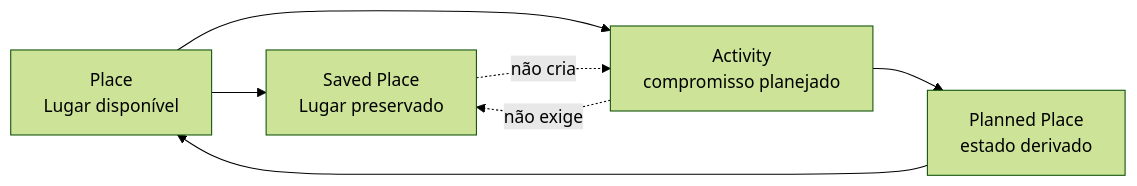
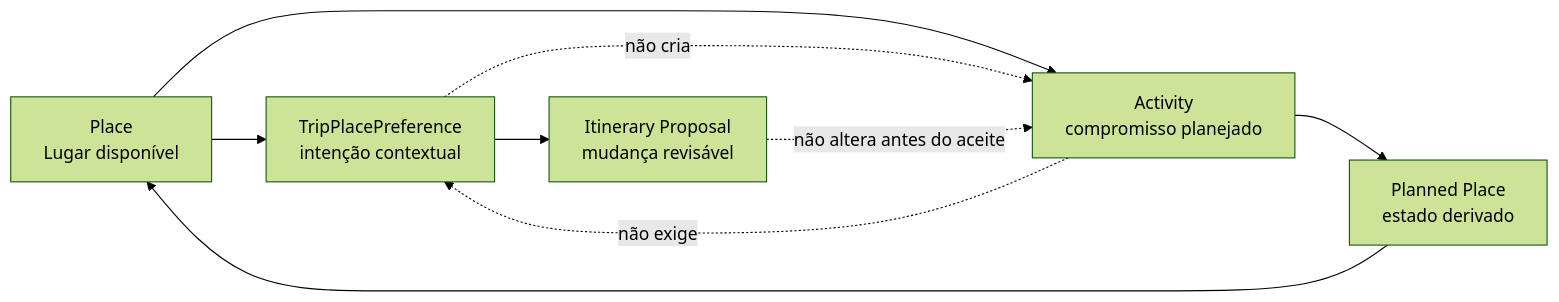
The sixth of 10 diagrams in docs/domain/ubiquitous-language.md (collapsy/Routebook), drawn with Mermaid (forest theme) before and after one commit. The commit also changed other lines of this file and 16 other files, not shown here.

````diff
--- a/docs/domain/ubiquitous-language.md
+++ b/docs/domain/ubiquitous-language.md
@@ -1333,15 +1343,18 @@
 ```mermaid
 flowchart LR
     Place["Place<br/>Lugar disponível"]
-    Saved["Saved Place<br/>Lugar preservado"]
+    Preference["TripPlacePreference<br/>intenção contextual"]
+    Proposal["Itinerary Proposal<br/>mudança revisável"]
     Activity["Activity<br/>compromisso planejado"]
     Planned["Planned Place<br/>estado derivado"]
 
-    Place --> Saved
+    Place --> Preference
+    Preference --> Proposal
     Place --> Activity
     Activity --> Planned
     Planned --> Place
 
-    Saved -.->|"não cria"| Activity
-    Activity -.->|"não exige"| Saved
+    Preference -.->|"não cria"| Activity
+    Proposal -.->|"não altera antes do aceite"| Activity
+    Activity -.->|"não exige"| Preference
 ```
````
